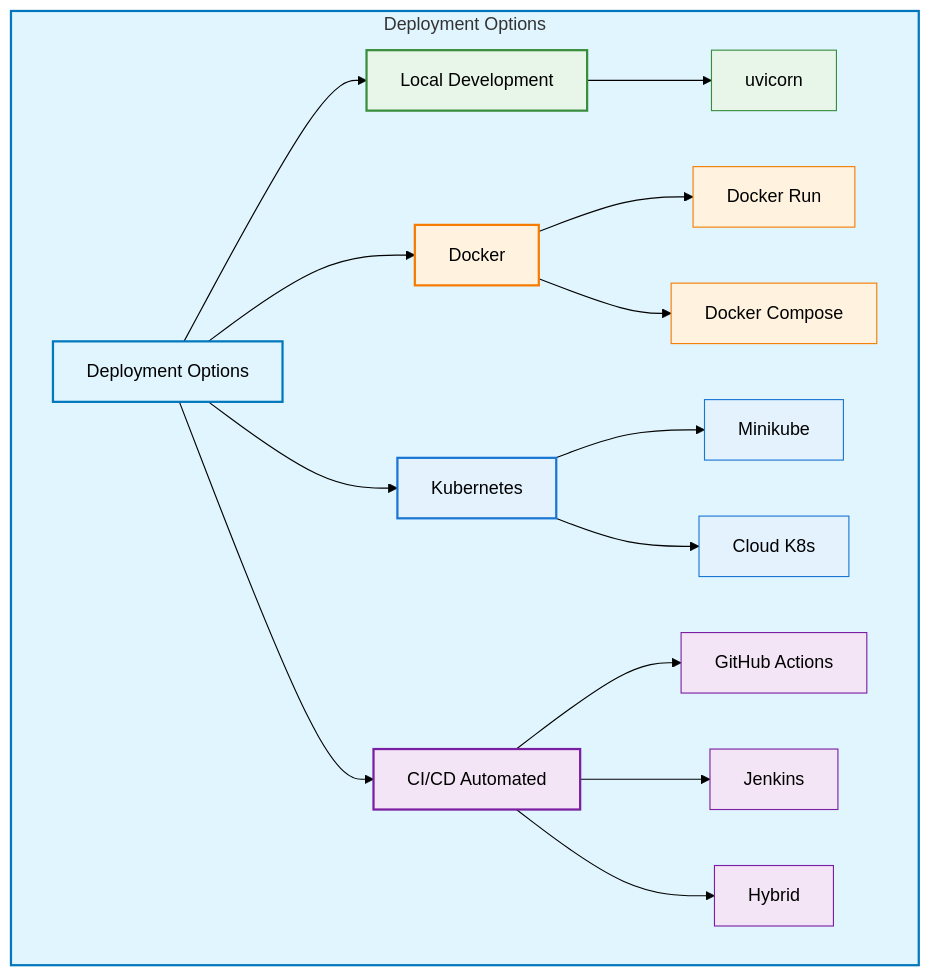
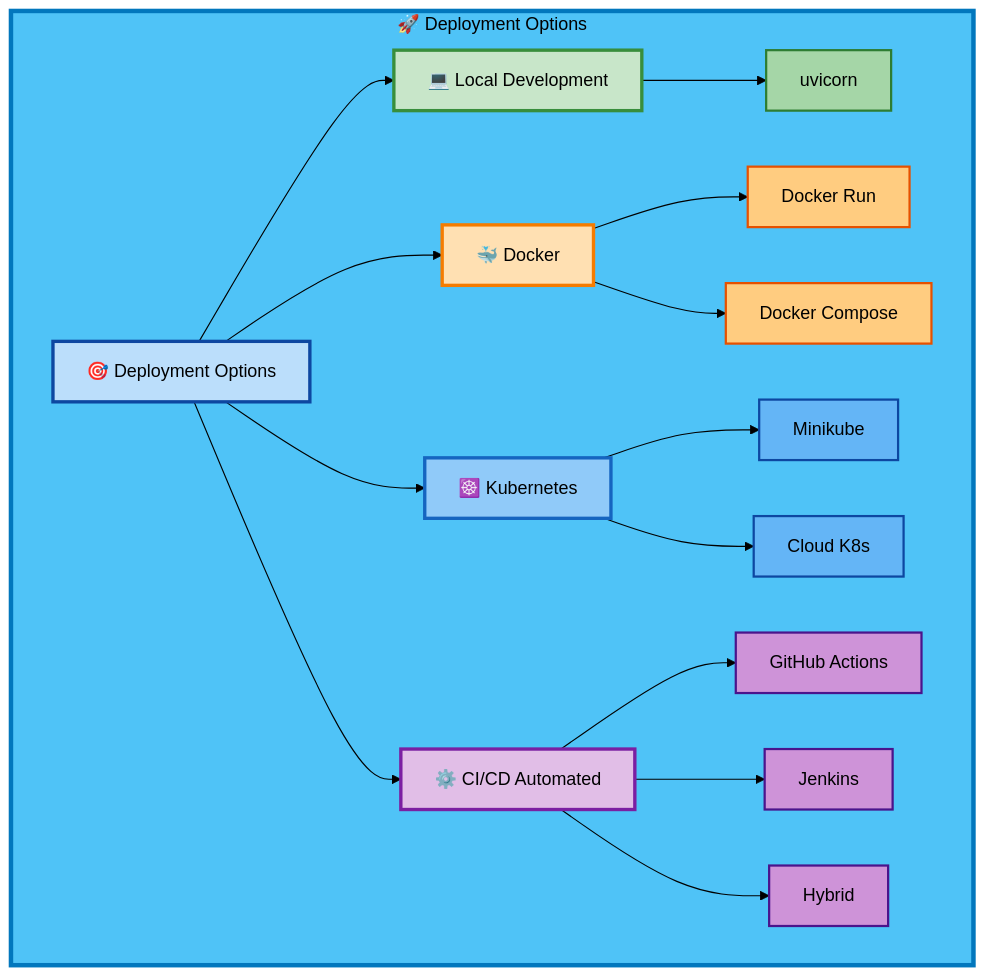
One commit to 2024aa05820/heart-disease-mlops changed the eighth of 9 diagrams in README.md. Above: the diagram before and after it, drawn with Mermaid (forest theme). The commit also changed other lines of this file, not shown here.

First line of the commit message:
Enhance Mermaid diagrams with vibrant colors and better visibility

````diff
--- a/README.md
+++ b/README.md
@@ -543,33 +565,33 @@
 ```mermaid
 graph TB
-    subgraph DEPLOY_OPT["Deployment Options"]
-        A["Deployment Options"] --> B["Local Development"]
-        A --> C["Docker"]
-        A --> D["Kubernetes"]
-        A --> E["CI/CD Automated"]
+    subgraph DEPLOY_OPT["🚀 Deployment Options"]
+        A["🎯 Deployment Options"] --> B["💻 Local Development"]
+        A --> C["🐳 Docker"]
+        A --> D["☸️ Kubernetes"]
+        A --> E["⚙️ CI/CD Automated"]
         
         B --> B1["uvicorn"]
         C --> C1["Docker Run"]
         C --> C2["Docker Compose"]
         D --> D1["Minikube"]
         D --> D2["Cloud K8s"]
         E --> E1["GitHub Actions"]
         E --> E2["Jenkins"]
         E --> E3["Hybrid"]
     end
     
-    style DEPLOY_OPT fill:#e1f5ff,stroke:#0277bd,stroke-width:2px
-    style A fill:#e1f5ff,stroke:#0277bd,stroke-width:2px
-    style B fill:#e8f5e9,stroke:#388e3c,stroke-width:2px
-    style C fill:#fff3e0,stroke:#f57c00,stroke-width:2px
-    style D fill:#e3f2fd,stroke:#1976d2,stroke-width:2px
-    style E fill:#f3e5f5,stroke:#7b1fa2,stroke-width:2px
-    style B1 fill:#e8f5e9,stroke:#388e3c,stroke-width:1px
-    style C1 fill:#fff3e0,stroke:#f57c00,stroke-width:1px
-    style C2 fill:#fff3e0,stroke:#f57c00,stroke-width:1px
-    style D1 fill:#e3f2fd,stroke:#1976d2,stroke-width:1px
-    style D2 fill:#e3f2fd,stroke:#1976d2,stroke-width:1px
-    style E1 fill:#f3e5f5,stroke:#7b1fa2,stroke-width:1px
-    style E2 fill:#f3e5f5,stroke:#7b1fa2,stroke-width:1px
-    style E3 fill:#f3e5f5,stroke:#7b1fa2,stroke-width:1px
+    style DEPLOY_OPT fill:#4FC3F7,stroke:#0277BD,stroke-width:4px,color:#000
+    style A fill:#BBDEFB,stroke:#0D47A1,stroke-width:3px
+    style B fill:#C8E6C9,stroke:#388E3C,stroke-width:3px
+    style C fill:#FFE0B2,stroke:#F57C00,stroke-width:3px
+    style D fill:#90CAF9,stroke:#1565C0,stroke-width:3px
+    style E fill:#E1BEE7,stroke:#7B1FA2,stroke-width:3px
+    style B1 fill:#A5D6A7,stroke:#2E7D32,stroke-width:2px
+    style C1 fill:#FFCC80,stroke:#E65100,stroke-width:2px
+    style C2 fill:#FFCC80,stroke:#E65100,stroke-width:2px
+    style D1 fill:#64B5F6,stroke:#0D47A1,stroke-width:2px
+    style D2 fill:#64B5F6,stroke:#0D47A1,stroke-width:2px
+    style E1 fill:#CE93D8,stroke:#4A148C,stroke-width:2px
+    style E2 fill:#CE93D8,stroke:#4A148C,stroke-width:2px
+    style E3 fill:#CE93D8,stroke:#4A148C,stroke-width:2px
 ```
````
